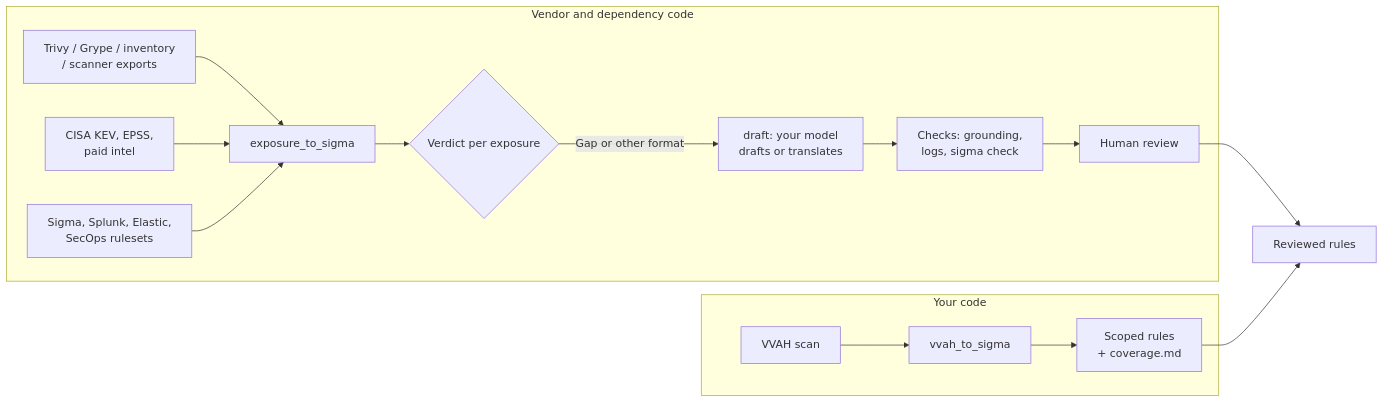
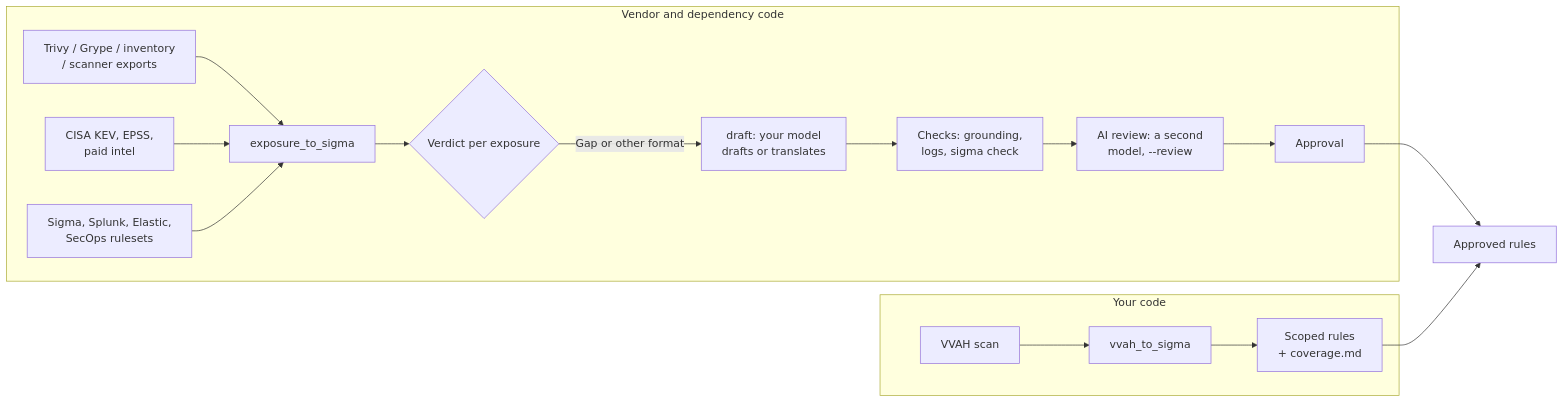
The diagram in vvah-to-sigma/README.md (usmanaminch/ai-mastery-2026), drawn with Mermaid before and after one commit. The commit also changed other lines of this file and 3 other files, not shown here.

First line of the commit message:
Drafter: --review adds an AI reviewer stage (keep/edit/hunt/reject); README and review notes say who reviewed

````diff
--- a/vvah-to-sigma/README.md
+++ b/vvah-to-sigma/README.md
@@ -6,17 +6,18 @@
 ```mermaid
 flowchart LR
   subgraph Own["Your code"]
     A[VVAH scan] --> B[vvah_to_sigma] --> C[Scoped rules<br>+ coverage.md]
   end
   subgraph Vendor["Vendor and dependency code"]
     D[Trivy / Grype / inventory<br>/ scanner exports] --> E[exposure_to_sigma]
     F[CISA KEV, EPSS,<br>paid intel] --> E
     G[Sigma, Splunk, Elastic,<br>SecOps rulesets] --> E
     E --> H{Verdict per exposure}
     H -->|Gap or other format| I[draft: your model<br>drafts or translates]
     I --> J[Checks: grounding,<br>logs, sigma check]
-    J --> K[Human review]
+    J --> R[AI review: a second<br>model, --review]
+    R --> K[Approval]
   end
-  K --> L[Reviewed rules]
+  K --> L[Approved rules]
   C --> L
 ```
````
